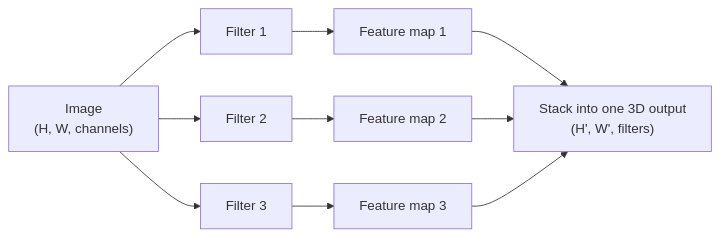
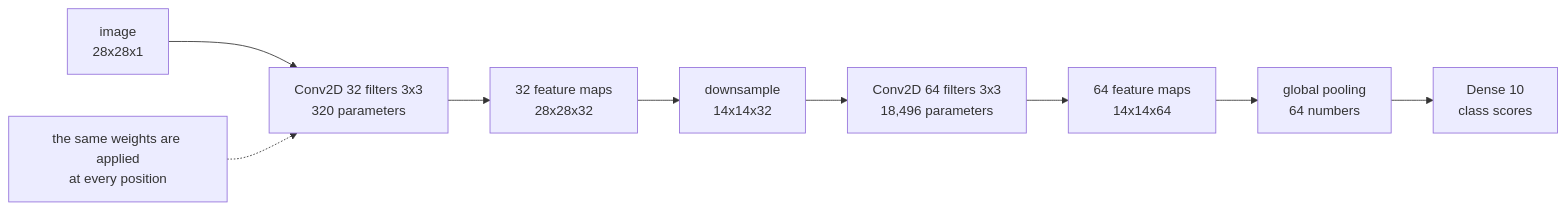
One commit to Ravikisha/PythonCentralHub changed the diagram in src/content/docs/Deep Learning/Phase 03 - Computer Vision with CNNs/Intro to Convolutional Neural Networks (CNN) for Images.mdx. Above: the diagram before and after it, drawn with Mermaid. The commit also changed other lines of this file and 626 other files, not shown here.

````diff
--- a/src/content/docs/Deep Learning/Phase 03 - Computer Vision with CNNs/Intro to Convolutional Neural Networks (CNN) for Images.mdx
+++ b/src/content/docs/Deep Learning/Phase 03 - Computer Vision with CNNs/Intro to Convolutional Neural Networks (CNN) for Images.mdx
@@ -70,12 +119,11 @@
 ```mermaid
 flowchart LR
-  I["Image<br/>(H, W, channels)"] --> K1["Filter 1"]
-  I --> K2["Filter 2"]
-  I --> K3["Filter 3"]
-  K1 --> F1["Feature map 1"]
-  K2 --> F2["Feature map 2"]
-  K3 --> F3["Feature map 3"]
-  F1 --> S["Stack into one 3D output<br/>(H', W', filters)"]
-  F2 --> S
-  F3 --> S
+  A["image<br/>28x28x1"] --> B["Conv2D 32 filters 3x3<br/>320 parameters"]
+  B --> C["32 feature maps<br/>28x28x32"]
+  C --> D["downsample<br/>14x14x32"]
+  D --> E["Conv2D 64 filters 3x3<br/>18,496 parameters"]
+  E --> F["64 feature maps<br/>14x14x64"]
+  F --> G["global pooling<br/>64 numbers"]
+  G --> H["Dense 10<br/>class scores"]
+  I["the same weights are applied<br/>at every position"] -.-> B
 ```
````
